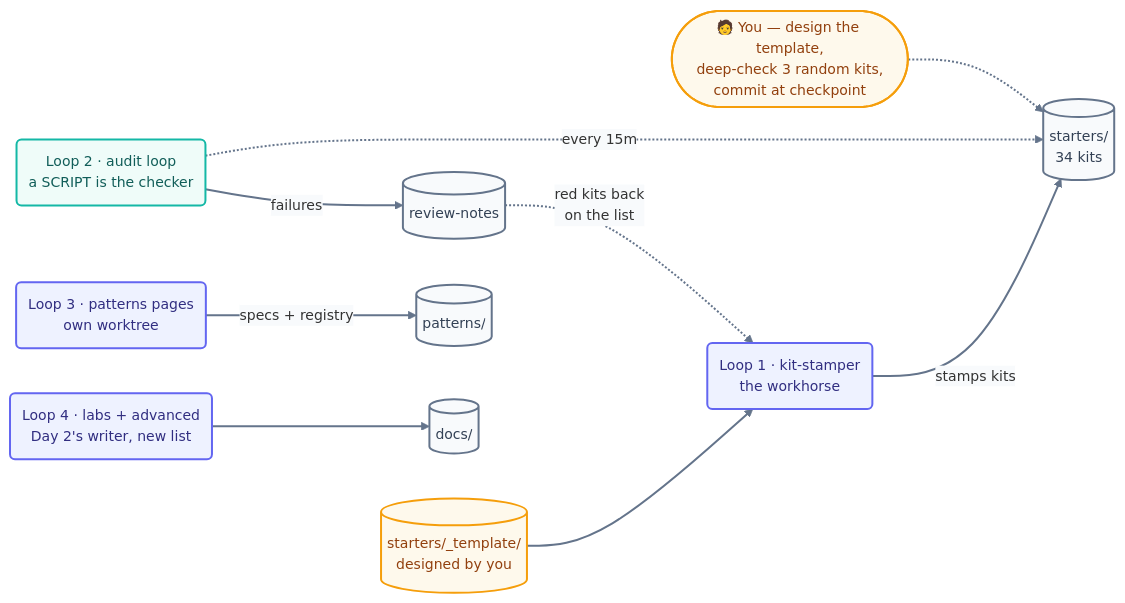
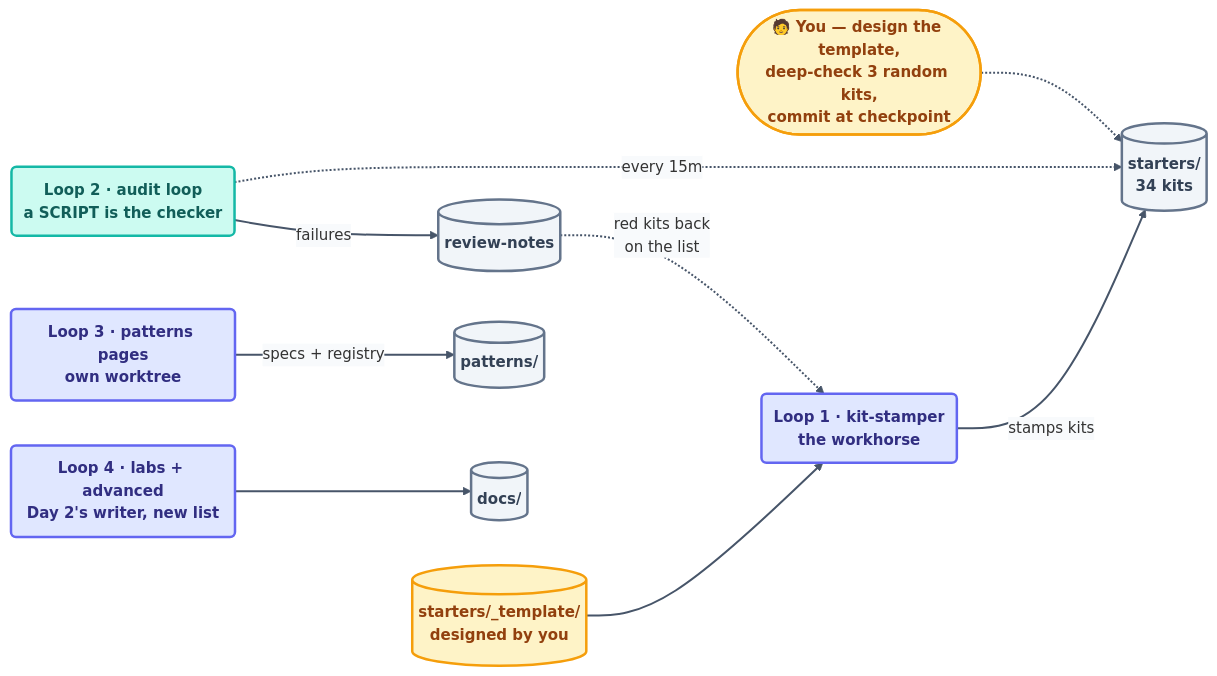
The diagram in days-plans/day3-plan.md (ayeshakhalid192007-dev/LoopEngineering-CrashCourse), drawn with Mermaid before and after one commit. The commit also changed 66 other files, not shown here.

First line of the commit message:
docs(diagrams): visibly bolder pass — deeper fills, heavier strokes, semibold labels

````diff
--- a/days-plans/day3-plan.md
+++ b/days-plans/day3-plan.md
@@ -54,18 +54,18 @@
 ```mermaid
-%%{init: {'theme':'base','themeVariables':{'fontFamily':'ui-sans-serif, system-ui, sans-serif','fontSize':'14px','lineColor':'#64748b','edgeLabelBackground':'#f8fafc'},'flowchart':{'curve':'basis','nodeSpacing':45,'rankSpacing':55,'padding':12}}}%%
+%%{init: {'theme':'base','themeVariables':{'fontFamily':'ui-sans-serif, system-ui, sans-serif','fontSize':'15px','lineColor':'#475569','edgeLabelBackground':'#f8fafc'},'flowchart':{'curve':'basis','nodeSpacing':45,'rankSpacing':55,'padding':12}}}%%
 flowchart LR
     T[("starters/_template/<br/>designed by you")]:::human2 --> L1("Loop 1 · kit-stamper<br/>the workhorse"):::maker
     L1 -->|stamps kits| K[("starters/<br/>34 kits")]:::file
     L2("Loop 2 · audit loop<br/>a SCRIPT is the checker"):::script -.->|every 15m| K
     L2 -->|failures| RN[("review-notes")]:::file
     RN -.->|red kits back<br/>on the list| L1
     L3("Loop 3 · patterns pages<br/>own worktree"):::maker -->|specs + registry| P[("patterns/")]:::file
     L4("Loop 4 · labs + advanced<br/>Day 2's writer, new list"):::maker --> D[("docs/")]:::file
     H(["🧑 You — design the template,<br/>deep-check 3 random kits,<br/>commit at checkpoint"]):::human -.-> K
-    linkStyle default stroke:#64748b,stroke-width:2px;
-    classDef maker fill:#eef2ff,stroke:#6366f1,stroke-width:2px,color:#312e81;
-    classDef script fill:#effcf9,stroke:#14b8a6,stroke-width:2px,color:#115e59;
-    classDef file fill:#f8fafc,stroke:#64748b,stroke-width:2px,color:#334155;
-    classDef human fill:#fef9ec,stroke:#f59e0b,stroke-width:2px,color:#92400e;
-    classDef human2 fill:#fef9ec,stroke:#f59e0b,stroke-width:2px,color:#92400e;
+    linkStyle default stroke:#475569,stroke-width:2px;
+    classDef maker fill:#e0e7ff,stroke:#6366f1,stroke-width:2.5px,color:#312e81,font-weight:600;
+    classDef script fill:#ccfbf1,stroke:#14b8a6,stroke-width:2.5px,color:#115e59,font-weight:600;
+    classDef file fill:#f1f5f9,stroke:#64748b,stroke-width:2.5px,color:#334155,font-weight:600;
+    classDef human fill:#fef3c7,stroke:#f59e0b,stroke-width:2.5px,color:#92400e,font-weight:600;
+    classDef human2 fill:#fef3c7,stroke:#f59e0b,stroke-width:2.5px,color:#92400e,font-weight:600;
 ```
````
